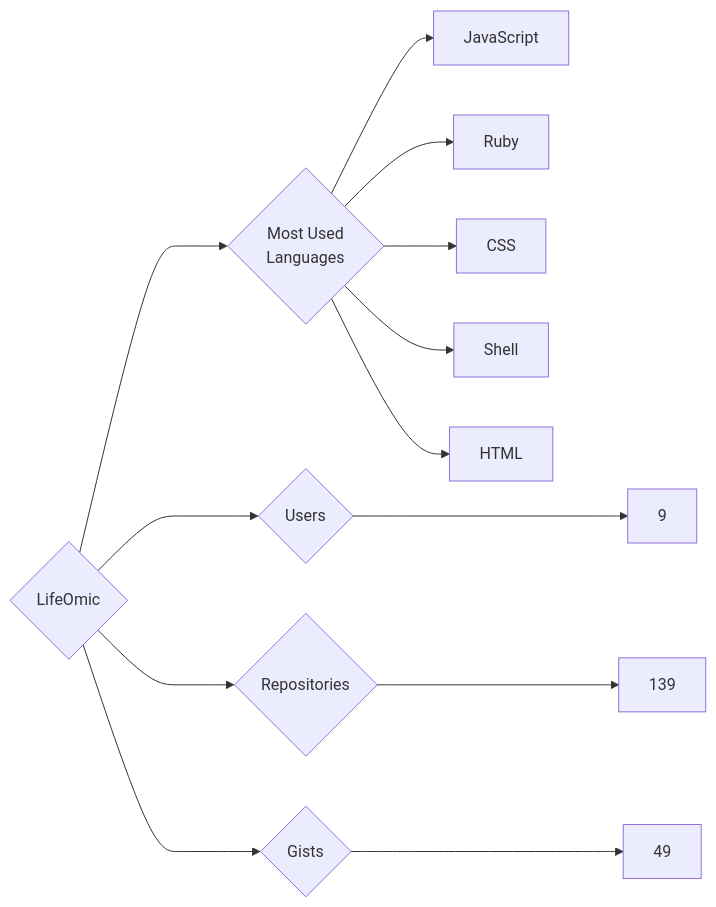
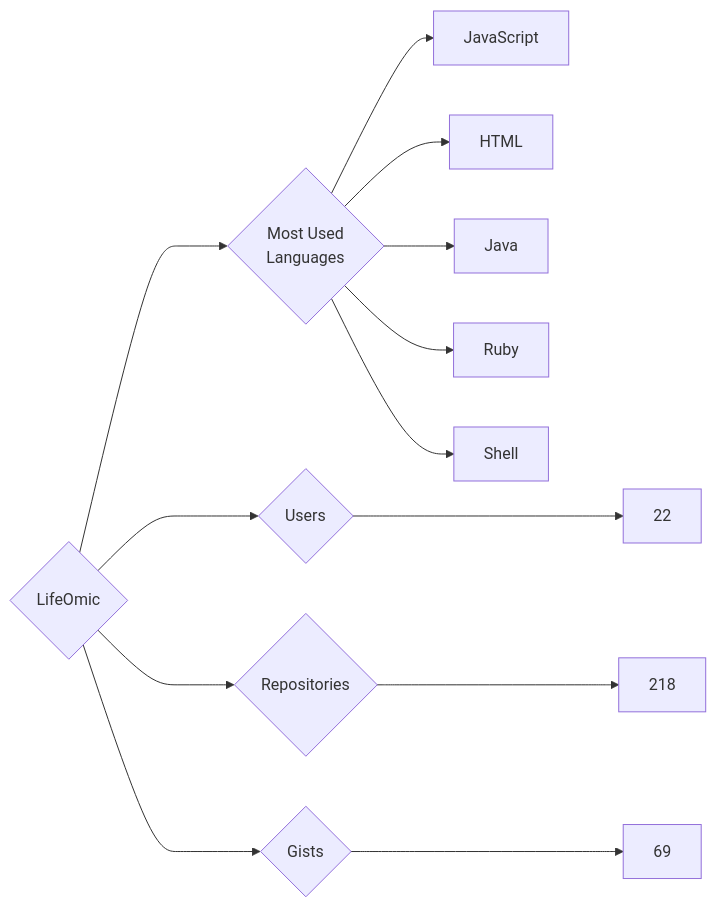
One commit to trickest/insiders changed the diagram in targets/LifeOmic/README.md. Above: the diagram before and after it, drawn with Mermaid. The commit also changed 895 other files, not shown here.

````diff
--- a/targets/LifeOmic/README.md
+++ b/targets/LifeOmic/README.md
@@ -3,13 +3,13 @@
 ```mermaid
 graph LR
 COMPANY_NAME{LifeOmic}
-COMPANY_NAME ---> U{Users} ---> UN[9]
-COMPANY_NAME ---> R{Repositories} ---> RN[139]
-COMPANY_NAME ---> G{Gists} ---> GN[49]
+COMPANY_NAME ---> U{Users} ---> UN[22]
+COMPANY_NAME ---> R{Repositories} ---> RN[218]
+COMPANY_NAME ---> G{Gists} ---> GN[69]
 COMPANY_NAME ---> ML{Most Used<br>Languages}
 ML --> JavaScript[JavaScript]
+ML --> HTML[HTML]
+ML --> Java[Java]
 ML --> Ruby[Ruby]
-ML --> CSS[CSS]
 ML --> Shell[Shell]
-ML --> HTML[HTML]
 ```
````
